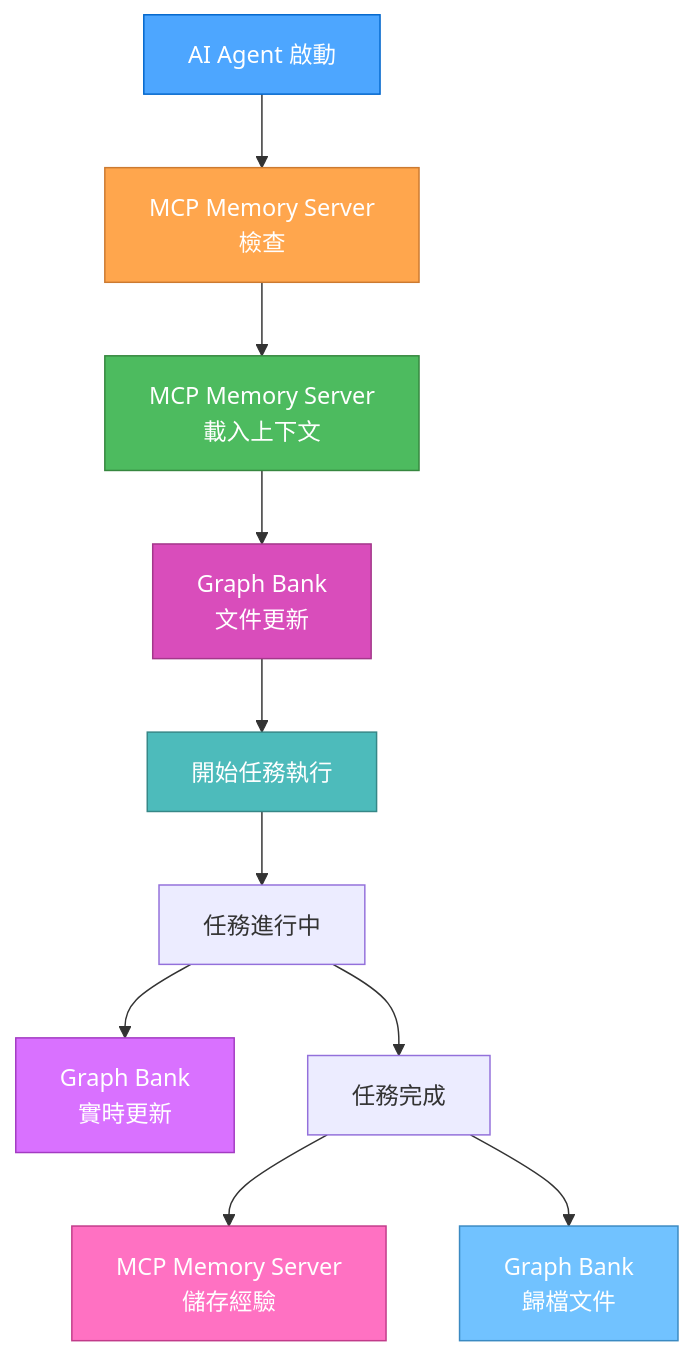
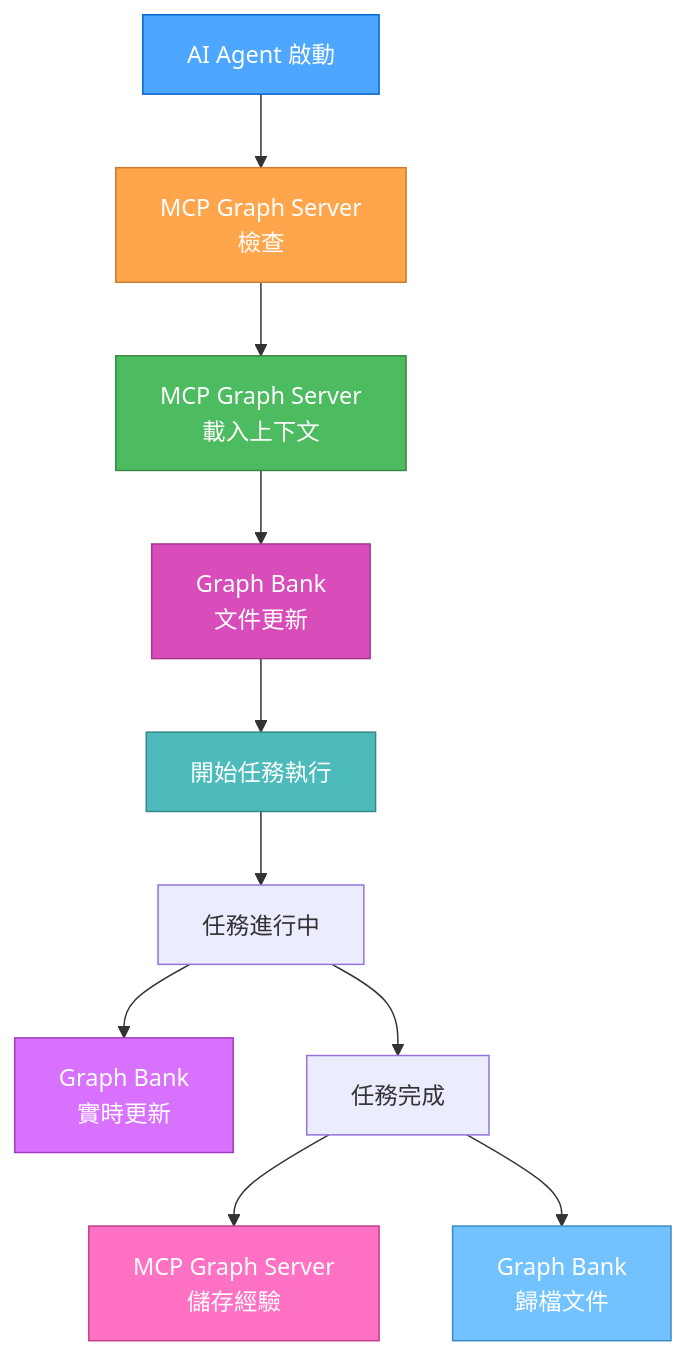
The diagram in .cursor/rules/isolation_rules/Core/mcp-graph-bank-integration.mdc (7Spade/cursor-memory-bank), drawn with Mermaid before and after one commit. The commit also changed other lines of this file and 11 other files, not shown here.

Commit message:
feat: Update documentation to reflect transition from MCP Memory Server to MCP Graph Server; revise command mappings, integration rules, and mode instructions for improved clarity and consistency across the system. Ensure all references are aligned with the new Graph Bank structure.

````diff
--- a/.cursor/rules/isolation_rules/Core/mcp-graph-bank-integration.mdc
+++ b/.cursor/rules/isolation_rules/Core/mcp-graph-bank-integration.mdc
@@ -13,23 +13,23 @@
 ```mermaid
 graph TD
-    Agent["AI Agent 啟動"] --> MCPCheck["MCP Memory Server<br>檢查"]
-    MCPCheck --> MCPLoad["MCP Memory Server<br>載入上下文"]
+    Agent["AI Agent 啟動"] --> MCPCheck["MCP Graph Server<br>檢查"]
+    MCPCheck --> MCPLoad["MCP Graph Server<br>載入上下文"]
     MCPLoad --> GraphUpdate["Graph Bank<br>文件更新"]
     GraphUpdate --> TaskStart["開始任務執行"]
     
     TaskStart --> TaskProgress["任務進行中"]
     TaskProgress --> GraphRealTime["Graph Bank<br>實時更新"]
     
     TaskProgress --> TaskComplete["任務完成"]
-    TaskComplete --> MCPSave["MCP Memory Server<br>儲存經驗"]
+    TaskComplete --> MCPSave["MCP Graph Server<br>儲存經驗"]
     TaskComplete --> GraphArchive["Graph Bank<br>歸檔文件"]
     
     style Agent fill:#4da6ff,stroke:#0066cc,color:white
     style MCPCheck fill:#ffa64d,stroke:#cc7a30,color:white
     style MCPLoad fill:#4dbb5f,stroke:#36873f,color:white
     style GraphUpdate fill:#d94dbb,stroke:#a3378a,color:white
     style TaskStart fill:#4dbbbb,stroke:#368787,color:white
     style GraphRealTime fill:#d971ff,stroke:#a33bc2,color:white
     style MCPSave fill:#ff71c2,stroke:#c23b8a,color:white
     style GraphArchive fill:#71c2ff,stroke:#3b8ac2,color:white
 ```
````
